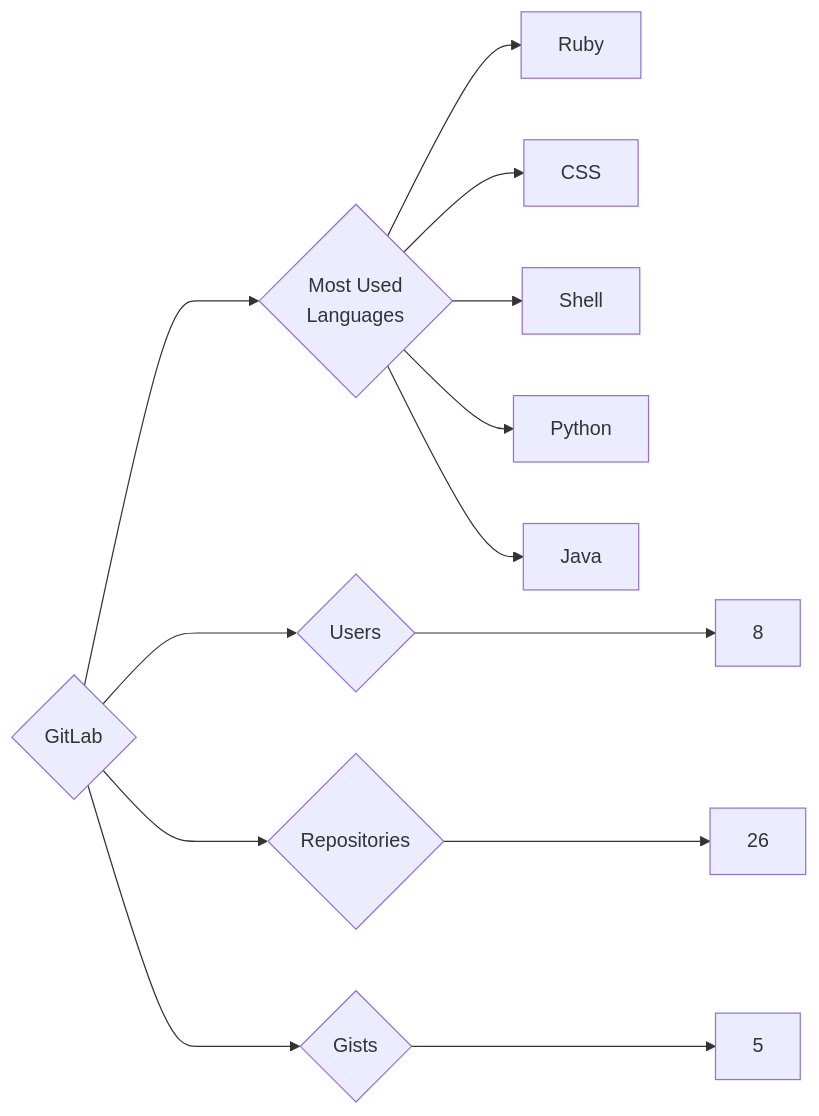
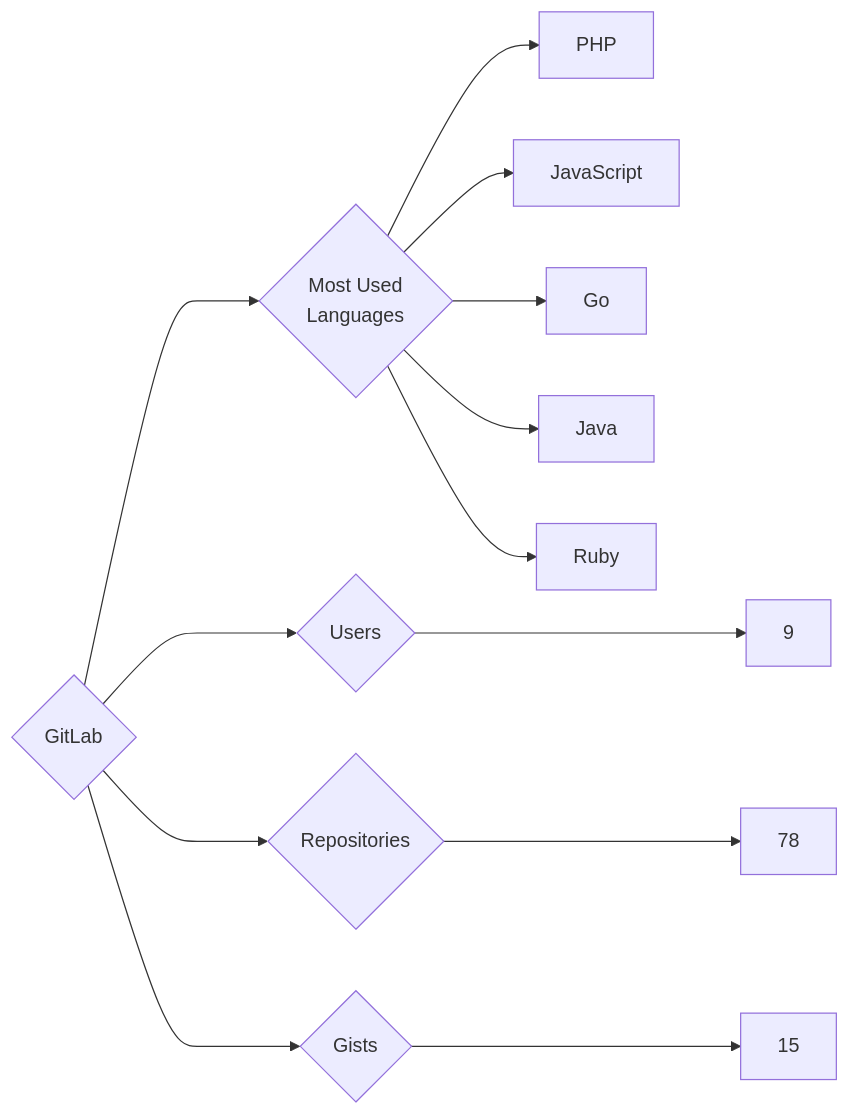
Before and after one commit to trickest/insiders: the diagram in targets/GitLab/README.md, drawn with Mermaid. The commit also changed 873 other files, not shown here.

````diff
--- a/targets/GitLab/README.md
+++ b/targets/GitLab/README.md
@@ -3,13 +3,13 @@
 ```mermaid
 graph LR
 COMPANY_NAME{GitLab}
-COMPANY_NAME ---> U{Users} ---> UN[8]
-COMPANY_NAME ---> R{Repositories} ---> RN[26]
-COMPANY_NAME ---> G{Gists} ---> GN[5]
+COMPANY_NAME ---> U{Users} ---> UN[9]
+COMPANY_NAME ---> R{Repositories} ---> RN[78]
+COMPANY_NAME ---> G{Gists} ---> GN[15]
 COMPANY_NAME ---> ML{Most Used<br>Languages}
+ML --> PHP[PHP]
+ML --> JavaScript[JavaScript]
+ML --> Go[Go]
+ML --> Java[Java]
 ML --> Ruby[Ruby]
-ML --> CSS[CSS]
-ML --> Shell[Shell]
-ML --> Python[Python]
-ML --> Java[Java]
 ```
````
